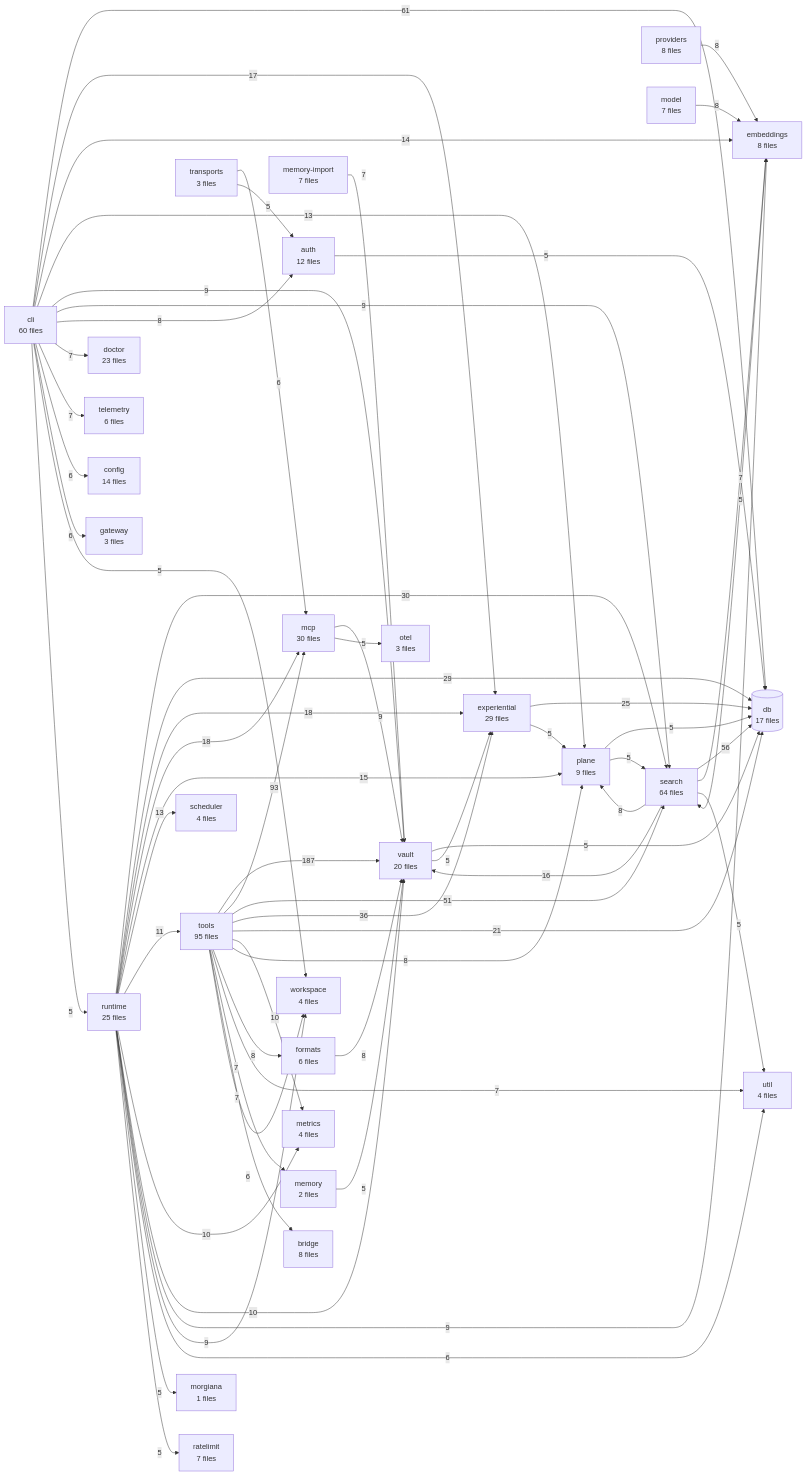
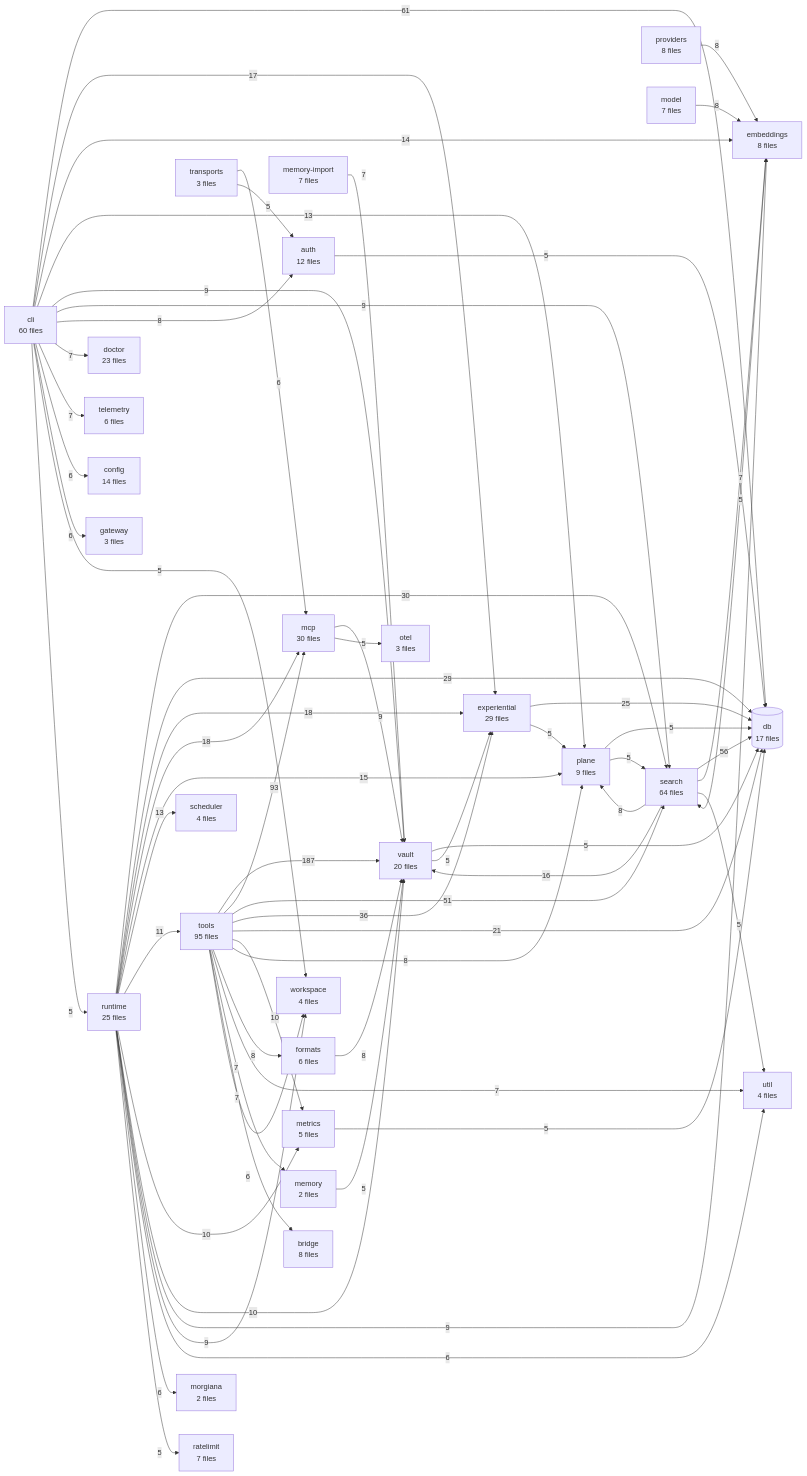
The diagram in TREE.md (The-40-Thieves/obsidian-tc), drawn with Mermaid before and after one commit. The commit also changed other lines of this file and 23 other files, not shown here.

```diff
--- a/TREE.md
+++ b/TREE.md
@@ -348,7 +348,7 @@
   ratelimit[ratelimit<br/>7 files]
   formats[formats<br/>6 files]
   telemetry[telemetry<br/>6 files]
-  metrics[metrics<br/>4 files]
+  metrics[metrics<br/>5 files]
   scheduler[scheduler<br/>4 files]
   util[util<br/>4 files]
   workspace[workspace<br/>4 files]
@@ -356,7 +356,7 @@
   otel[otel<br/>3 files]
   transports[transports<br/>3 files]
   memory[memory<br/>2 files]
-  morgiana[morgiana<br/>1 files]
+  morgiana[morgiana<br/>2 files]
 
   tools -->|187| vault
   tools -->|93| mcp
@@ -402,6 +402,7 @@
   cli -->|6| config
   cli -->|6| gateway
   runtime -->|6| util
+  runtime -->|6| morgiana
   tools -->|6| workspace
   transports -->|6| mcp
   auth -->|5| db
@@ -411,9 +412,9 @@
   experiential -->|5| plane
   mcp -->|5| otel
   memory -->|5| vault
+  metrics -->|5| db
   plane -->|5| db
   plane -->|5| search
-  runtime -->|5| morgiana
   runtime -->|5| ratelimit
   search -->|5| util
   transports -->|5| auth
```
